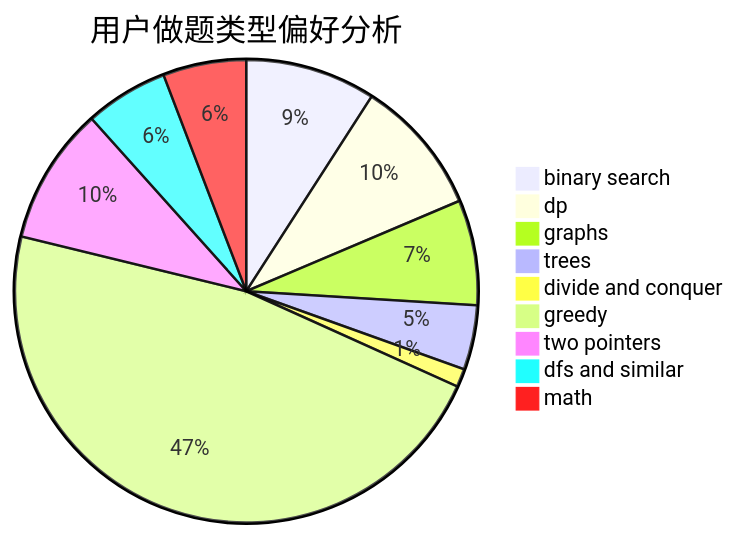
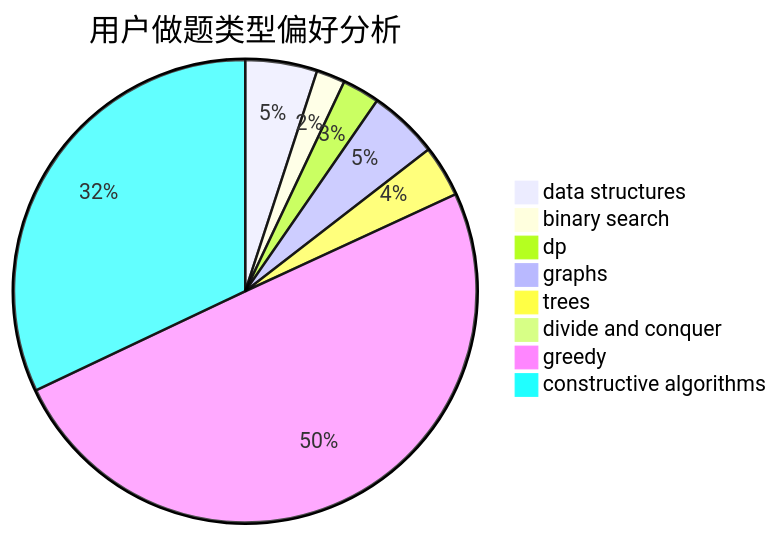
The second of 3 diagrams in docs/user/u101.md (sherpahu/cfrs.github.io), drawn with Mermaid before and after one commit. The commit also changed other lines of this file and 2775 other files, not shown here.

````diff
--- a/docs/user/u101.md
+++ b/docs/user/u101.md
@@ -23,12 +23,11 @@
 ```mermaid
 pie title 用户做题类型偏好分析
-    "binary search" :  863
-    "dp" :  902
-    "graphs" :  697
-    "trees" :  427
-    "divide and conquer" :  121
-    "greedy" :  4461
-    "two pointers" :  907
-    "dfs and similar" :  551
-    "math" :  551
+    "data structures" :  75
+    "binary search" :  30
+    "dp" :  39
+    "graphs" :  73
+    "trees" :  54
+    "divide and conquer" :  1
+    "greedy" :  745
+    "constructive algorithms" :  479
 ```
````
